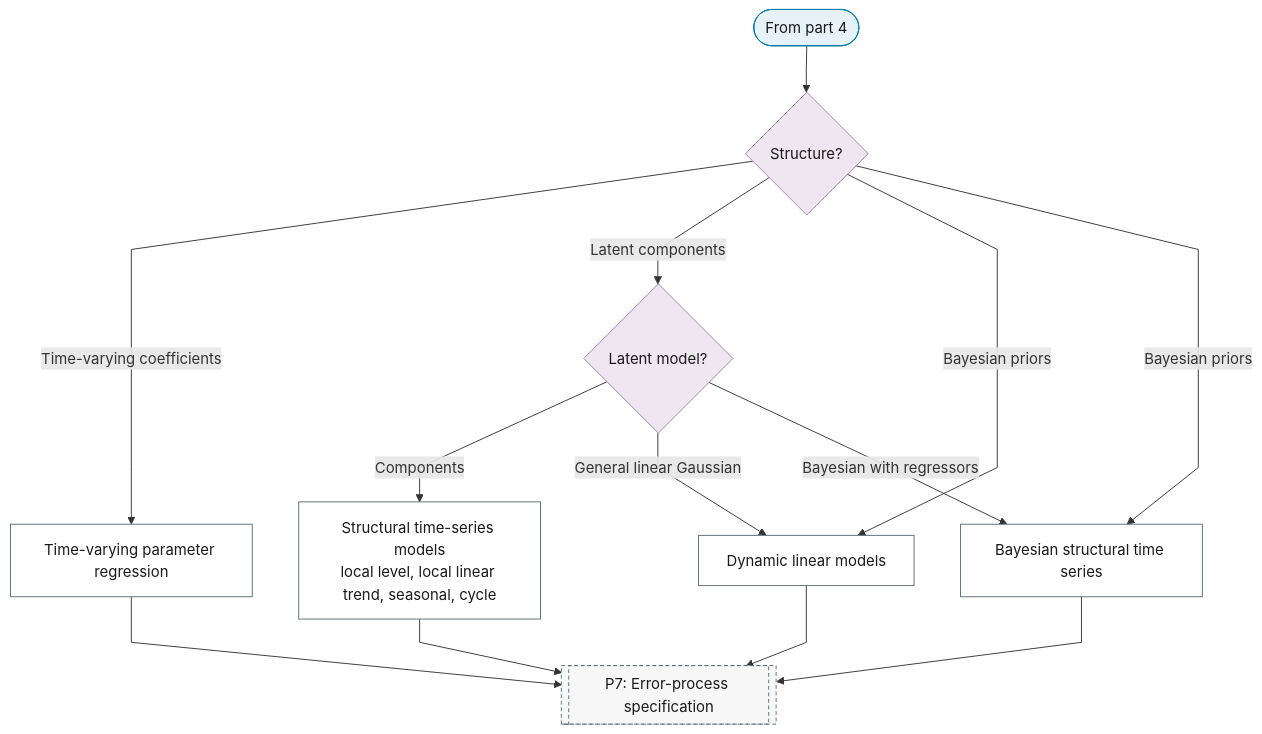
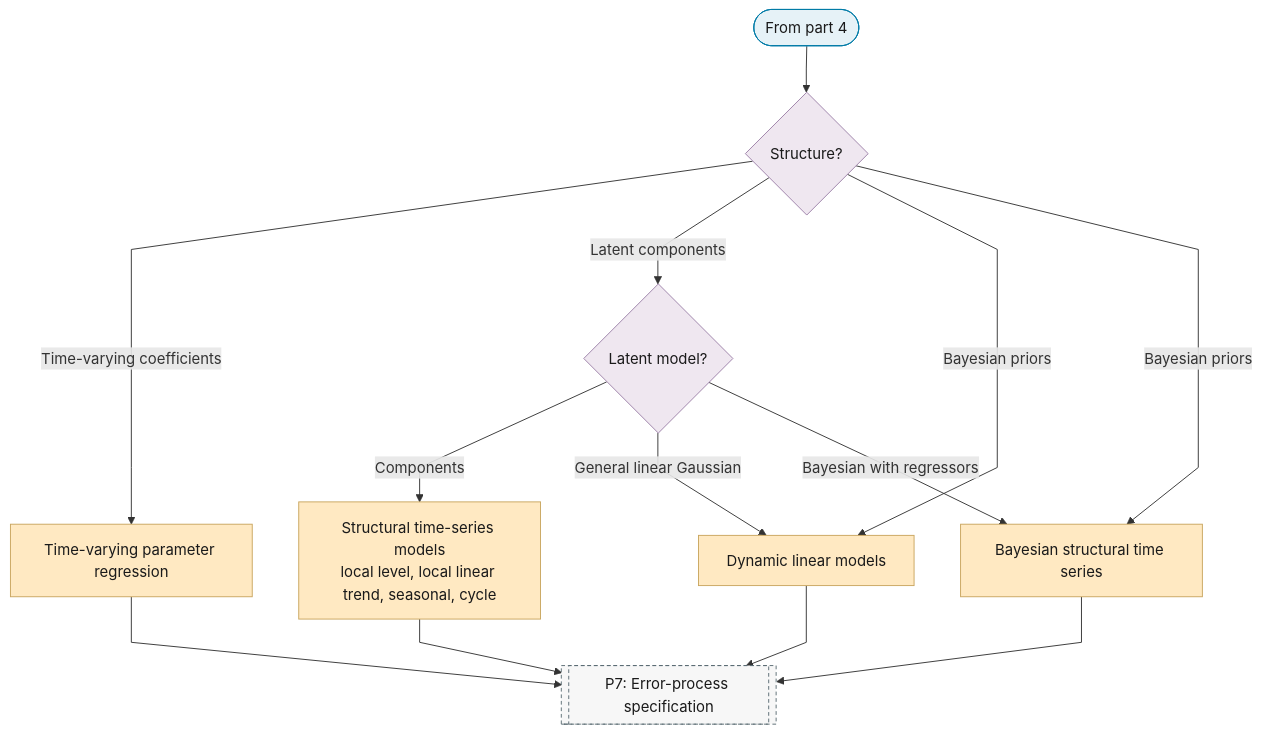
The seventh of 10 diagrams in docs/01-workflow/p06-mean-model-class.md (Shuxin-Y/time-series-analysis-manual), drawn with Mermaid before and after one commit. The commit also changed other lines of this file and 1 other file, not shown here.

First line of the commit message:
style(flowchart): P6 model and P8 estimator leaves keep the escalate outcome class

````diff
--- a/docs/01-workflow/p06-mean-model-class.md
+++ b/docs/01-workflow/p06-mean-model-class.md
@@ -186,24 +187,24 @@
 ```mermaid
 %%{init: {"flowchart": {"curve": "linear"}}}%%
 graph TD
     P6_PART_7_IN(["From part 4"]) --> P6_STRUCTURED{"Structure?"}
     P6_STRUCTURED -->|"Time-varying coefficients"| P6_TVP_REGRESSION["Time-varying parameter regression"]
     P6_STRUCTURED -->|"Latent components"| P6_LATENT_MODEL{"Latent model?"}
     P6_STRUCTURED -->|"Bayesian priors"| P6_DLM & P6_BSTS
     P6_LATENT_MODEL -->|"Components"| P6_STRUCTURAL_TS["Structural time-series models<br/>local level, local linear trend, seasonal, cycle"]
     P6_LATENT_MODEL -->|"General linear Gaussian"| P6_DLM["Dynamic linear models"]
     P6_LATENT_MODEL -->|"Bayesian with regressors"| P6_BSTS["Bayesian structural time series"]
     P6_TVP_REGRESSION & P6_STRUCTURAL_TS & P6_DLM & P6_BSTS --> P7[["P7: Error-process specification"]]
+    class P6_TVP_REGRESSION,P6_STRUCTURAL_TS,P6_DLM,P6_BSTS escalate
     class P6_PART_7_IN terminator
     class P6_STRUCTURED,P6_LATENT_MODEL decision
-    class P6_TVP_REGRESSION,P6_STRUCTURAL_TS,P6_DLM,P6_BSTS process
     class P7 ref
     classDef terminator fill:#E6F2F7,stroke:#007BA7,color:#1A1A1A;
     classDef process fill:#FFFFFF,stroke:#5A6B73,color:#1A1A1A;
     classDef decision fill:#EFE7F0,stroke:#9B7FA7,color:#1A1A1A;
     classDef data fill:#FFF4E0,stroke:#C9A55E,color:#1A1A1A;
     classDef good fill:#DCEFD8,stroke:#4A7A3F,color:#1A1A1A;
     classDef escalate fill:#FFE9C2,stroke:#C9A55E,color:#1A1A1A;
     classDef problem fill:#F2D9DE,stroke:#800020,color:#1A1A1A;
     classDef ref fill:#F7F7F7,stroke:#5A6B73,color:#1A1A1A,stroke-dasharray:4 3;
 ```
````
